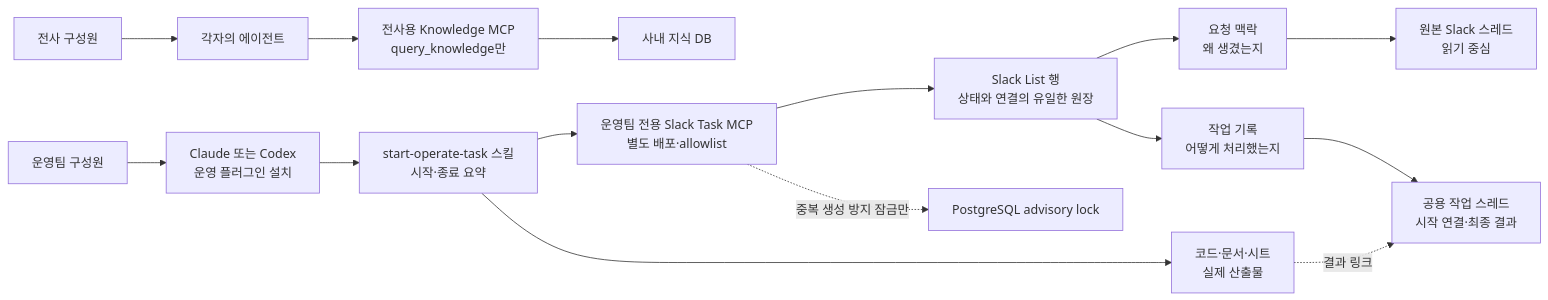
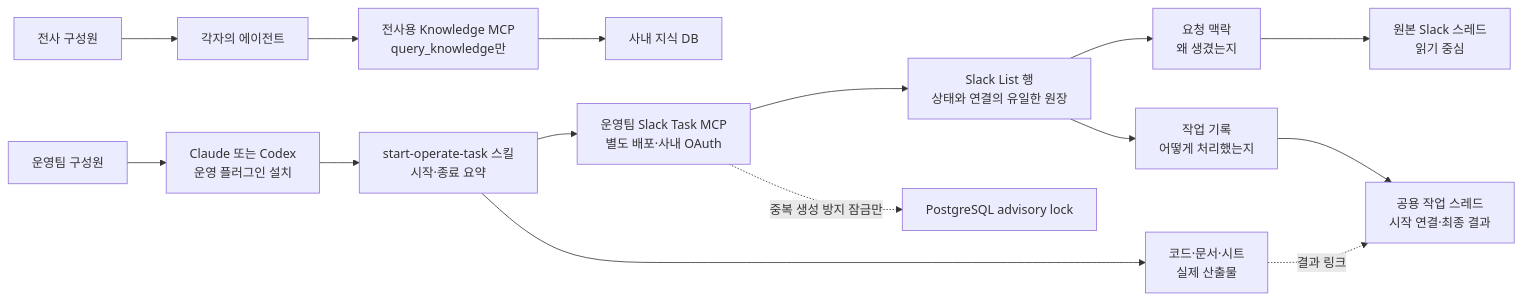
One commit to team-monolith-product/tmn-internal-plugins changed the first of 2 diagrams in docs/slack-list-task-thread-design.md. Above: the diagram before and after it, drawn with Mermaid. The commit also changed other lines of this file and 3 other files, not shown here.

````diff
--- a/docs/slack-list-task-thread-design.md
+++ b/docs/slack-list-task-thread-design.md
@@ -33,18 +33,18 @@
 ```mermaid
 flowchart LR
     E["전사 구성원"] --> EA["각자의 에이전트"]
     EA --> KM["전사용 Knowledge MCP<br/>query_knowledge만"]
     KM --> KD["사내 지식 DB"]
 
     U["운영팀 구성원"] --> A["Claude 또는 Codex<br/>운영 플러그인 설치"]
     A --> S["start-operate-task 스킬<br/>시작·종료 요약"]
-    S --> M["운영팀 전용 Slack Task MCP<br/>별도 배포·allowlist"]
+    S --> M["운영팀 Slack Task MCP<br/>별도 배포·사내 OAuth"]
     M --> L["Slack List 행<br/>상태와 연결의 유일한 원장"]
     L --> C["요청 맥락<br/>왜 생겼는지"]
     L --> W["작업 기록<br/>어떻게 처리했는지"]
     C --> CT["원본 Slack 스레드<br/>읽기 중심"]
     W --> WT["공용 작업 스레드<br/>시작 연결·최종 결과"]
     S --> O["코드·문서·시트<br/>실제 산출물"]
     O -. "결과 링크" .-> WT
     M -. "중복 생성 방지 잠금만" .-> DB["PostgreSQL advisory lock"]
 ```
````
